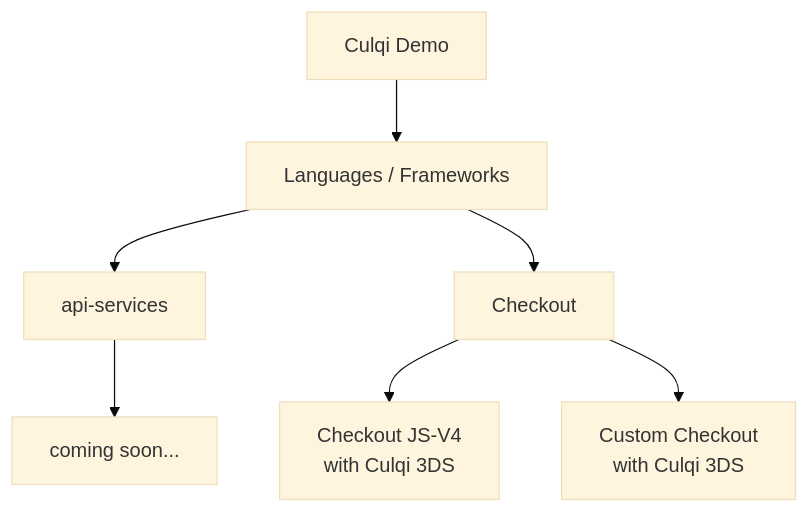
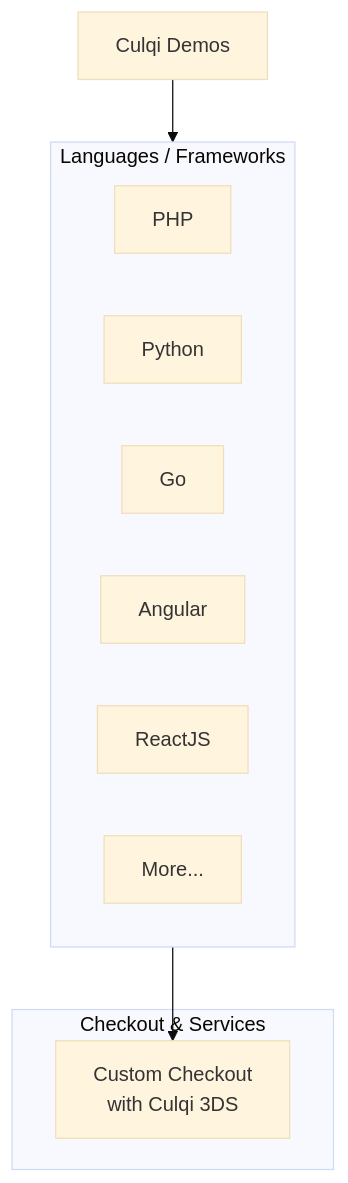
Before and after one commit to culqi/culqi-demos: the diagram in README.md, drawn with Mermaid (base theme). The commit also changed other lines of this file and 2 other files, not shown here.

````diff
--- a/README.md
+++ b/README.md
@@ -10,25 +51,25 @@
 ```mermaid
 flowchart TD
 
-  api[api-services]
-  checkout[Checkout]
-  js-v4[Checkout JS-V4 \n with Culqi 3DS]
-  custom[Custom Checkout \n with Culqi 3DS]
-  soon[coming soon...]
-  %% charge[Cargos]
-  %% order[Ordenes]
-  %% customer[Clientes]
+  start[Culqi Demos]
+  start --> Lenguajes
 
-  Frameworks[Languages / Frameworks]
-    Frameworks --> api
-    Frameworks --> checkout
-    checkout --> js-v4
-    checkout --> custom
-    api --> soon
-    %% api --> charge
-    %% api --> order
-    %% api --> customer
+  subgraph Lenguajes[Languages / Frameworks]
+    Php[PHP]
+    Python[Python]
+    Go[Go]
+    Angular[Angular]
+    Reactjs[ReactJS]
+    More[More...]
+  end
 
-  start[Culqi Demo]
-  start --> Frameworks
+  subgraph "Checkout & Services"
+    %%  checkout[Checkout]
+    %% js-v4[Checkout JS-V4 \n with Culqi 3DS]
+    custom[Custom Checkout \n with Culqi 3DS]
+  end
+
+  %% Lenguajes --> checkout
+  %% Lenguajes --> js-v4
+  Lenguajes --> custom
 ```
````
